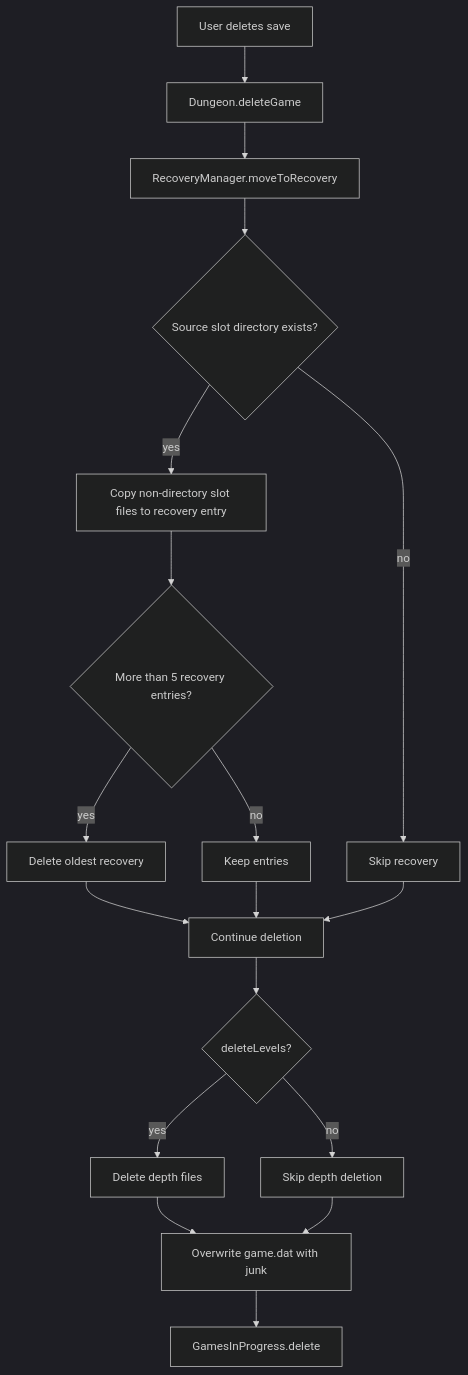
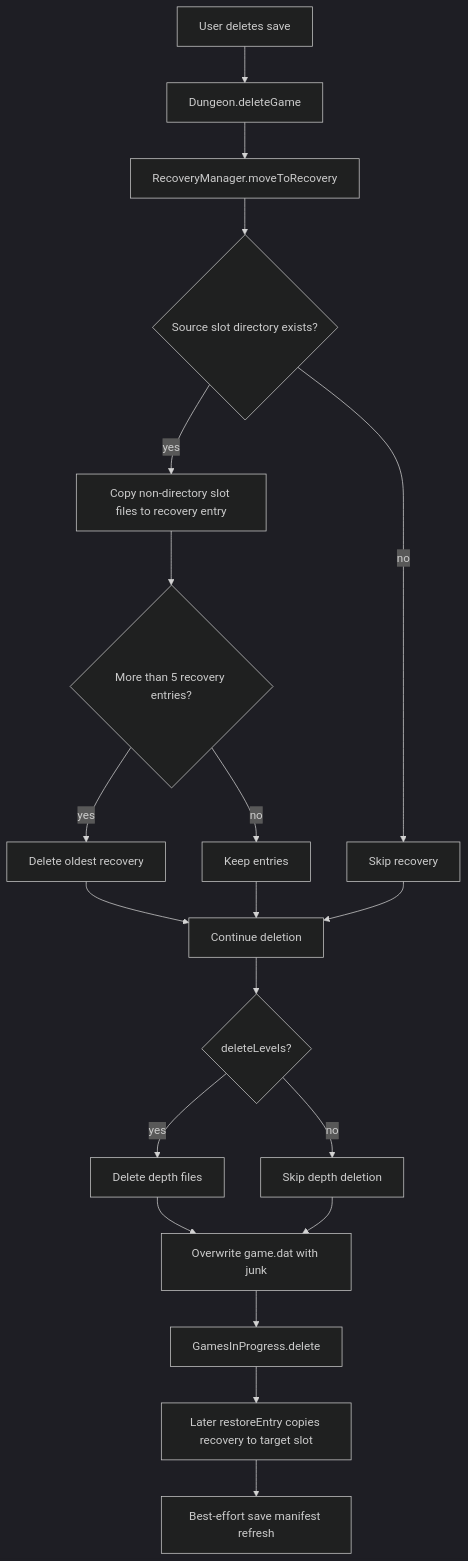
Before and after one commit to S-A-M-22/ELEC5618_LAB06_GROUP04_A3: the eighth of 9 diagrams in FEATURE_COMPLEXITY_AND_TEST_REPORT.md, drawn with Mermaid (dark theme). The commit also changed other lines of this file, not shown here.

````diff
--- a/FEATURE_COMPLEXITY_AND_TEST_REPORT.md
+++ b/FEATURE_COMPLEXITY_AND_TEST_REPORT.md
@@ -495,20 +520,22 @@
 ```mermaid
 flowchart TD
     A[User deletes save] --> B[Dungeon.deleteGame]
     B --> C[RecoveryManager.moveToRecovery]
     C --> D{Source slot directory exists?}
     D -->|no| E[Skip recovery]
     D -->|yes| F[Copy non-directory slot files to recovery entry]
     F --> G{More than 5 recovery entries?}
     G -->|yes| H[Delete oldest recovery]
     G -->|no| I[Keep entries]
     H --> J[Continue deletion]
     I --> J
     E --> J
     J --> K{deleteLevels?}
     K -->|yes| L[Delete depth files]
     K -->|no| M[Skip depth deletion]
     L --> N[Overwrite game.dat with junk]
     M --> N
     N --> O[GamesInProgress.delete]
+    O --> P[Later restoreEntry copies recovery to target slot]
+    P --> Q[Best-effort save manifest refresh]
 ```
````
